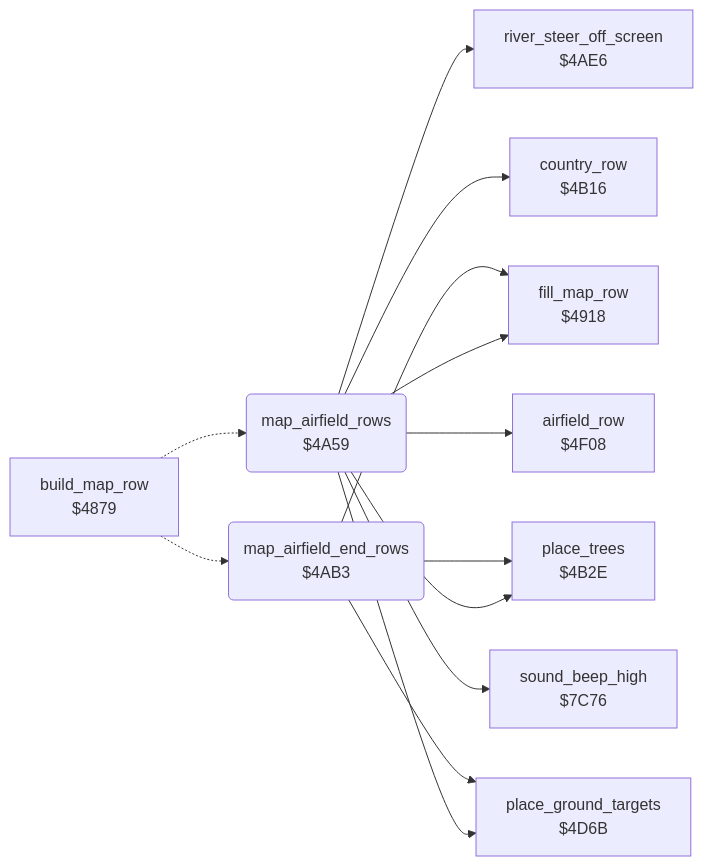
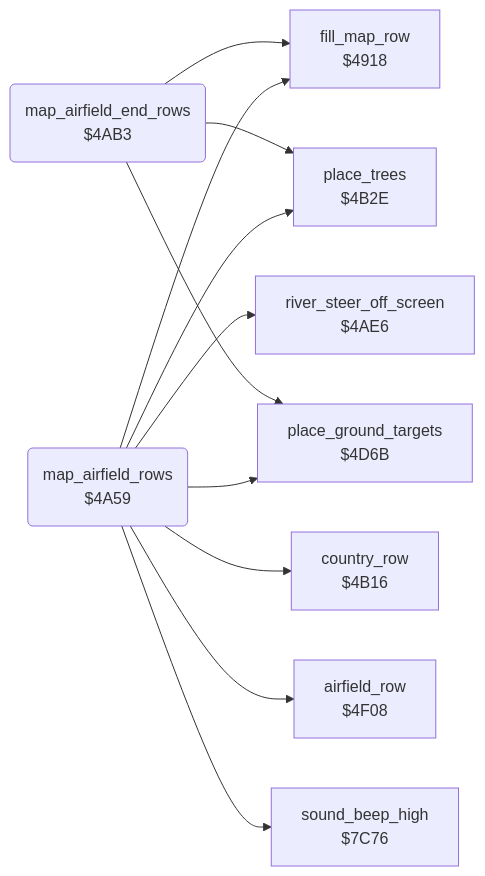
One commit to henols/c64_games changed the diagram in blue_max/docs/reference/modules/ground/airfield_rows.md. Above: the diagram before and after it, drawn with Mermaid. The commit also changed other lines of this file and 1100 other files, not shown here.

````diff
--- a/blue_max/docs/reference/modules/ground/airfield_rows.md
+++ b/blue_max/docs/reference/modules/ground/airfield_rows.md
@@ -10,25 +17,22 @@
 ```mermaid
 flowchart LR
-  n4879["build_map_row<br/>$4879"]
   n4918["fill_map_row<br/>$4918"]
   n4a59("map_airfield_rows<br/>$4A59")
   n4ab3("map_airfield_end_rows<br/>$4AB3")
   n4ae6["river_steer_off_screen<br/>$4AE6"]
   n4b16["country_row<br/>$4B16"]
   n4b2e["place_trees<br/>$4B2E"]
   n4d6b["place_ground_targets<br/>$4D6B"]
   n4f08["airfield_row<br/>$4F08"]
   n7c76["sound_beep_high<br/>$7C76"]
-  n4879 -.-> n4a59
-  n4879 -.-> n4ab3
   n4a59 --> n4918
   n4a59 --> n4ae6
   n4a59 --> n4b16
   n4a59 --> n4b2e
   n4a59 --> n4d6b
   n4a59 --> n4f08
   n4a59 --> n7c76
   n4ab3 --> n4918
   n4ab3 --> n4b2e
   n4ab3 --> n4d6b
 ```
````
